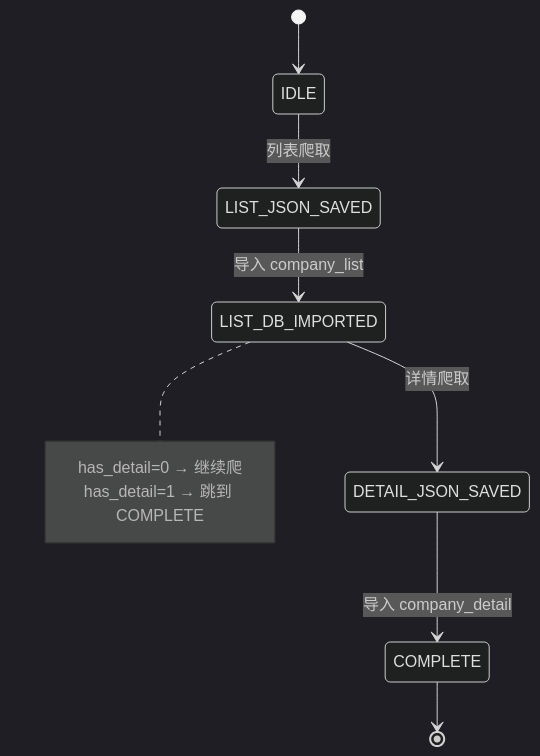
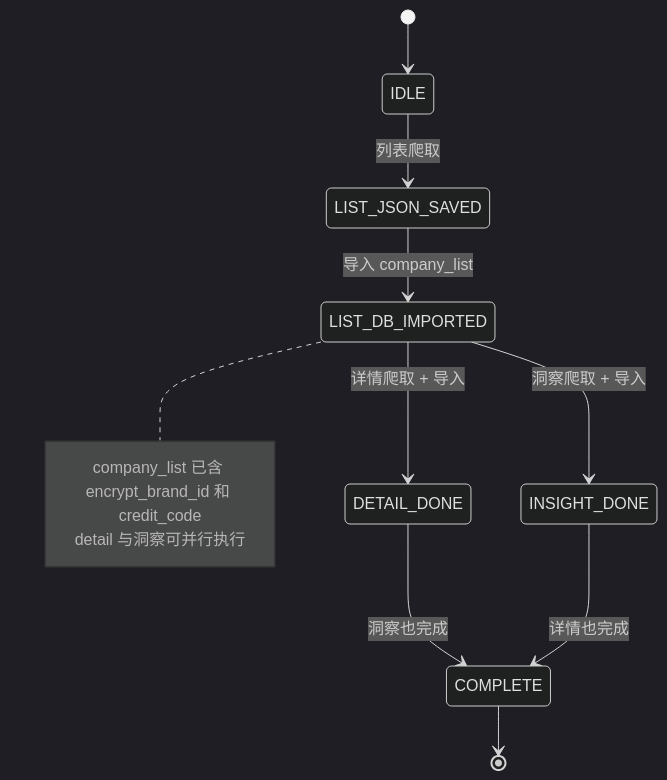
The first of 2 diagrams in skill/pipeline.md (mednight4/boss-zhipin-scraper), drawn with Mermaid (dark theme) before and after one commit. The commit also changed other lines of this file and 6 other files, not shown here.

````diff
--- a/skill/pipeline.md
+++ b/skill/pipeline.md
@@ -7,14 +7,16 @@
 ```mermaid
 stateDiagram-v2
     [*] --> IDLE
     IDLE --> LIST_JSON_SAVED : 列表爬取
     LIST_JSON_SAVED --> LIST_DB_IMPORTED : 导入 company_list
-    LIST_DB_IMPORTED --> DETAIL_JSON_SAVED : 详情爬取
-    DETAIL_JSON_SAVED --> COMPLETE : 导入 company_detail
+    LIST_DB_IMPORTED --> DETAIL_DONE : 详情爬取 + 导入
+    LIST_DB_IMPORTED --> INSIGHT_DONE : 洞察爬取 + 导入
+    DETAIL_DONE --> COMPLETE : 洞察也完成
+    INSIGHT_DONE --> COMPLETE : 详情也完成
     COMPLETE --> [*]
 
     note right of LIST_DB_IMPORTED
-        has_detail=0 → 继续爬
-        has_detail=1 → 跳到 COMPLETE
+        company_list 已含 encrypt_brand_id 和 credit_code
+        detail 与洞察可并行执行
     end note
 ```
````
